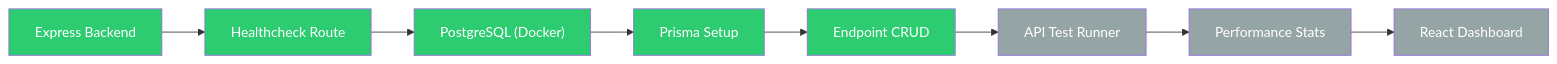
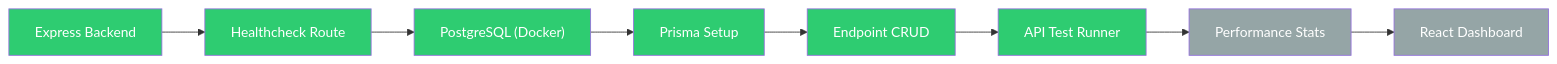
One commit to zardledev/API-Performance-Monitor changed the diagram in README.md. Above: the diagram before and after it, drawn with Mermaid. The commit also changed other lines of this file, not shown here.

````diff
--- a/README.md
+++ b/README.md
@@ -203,16 +231,16 @@
 ```mermaid
 flowchart LR
     A[Express Backend] --> B[Healthcheck Route]
     B --> C["PostgreSQL (Docker)"]
     C --> D[Prisma Setup]
     D --> E[Endpoint CRUD]
     E --> F[API Test Runner]
     F --> G[Performance Stats]
     G --> H[React Dashboard]
 
-    class A,B,C,D,E done
-    class F,G,H planned
+    class A,B,C,D,E,F done
+    class G,H planned
 
     classDef done fill:#2ecc71,color:#fff;
     classDef planned fill:#95a5a6,color:#fff;
 ```
````
